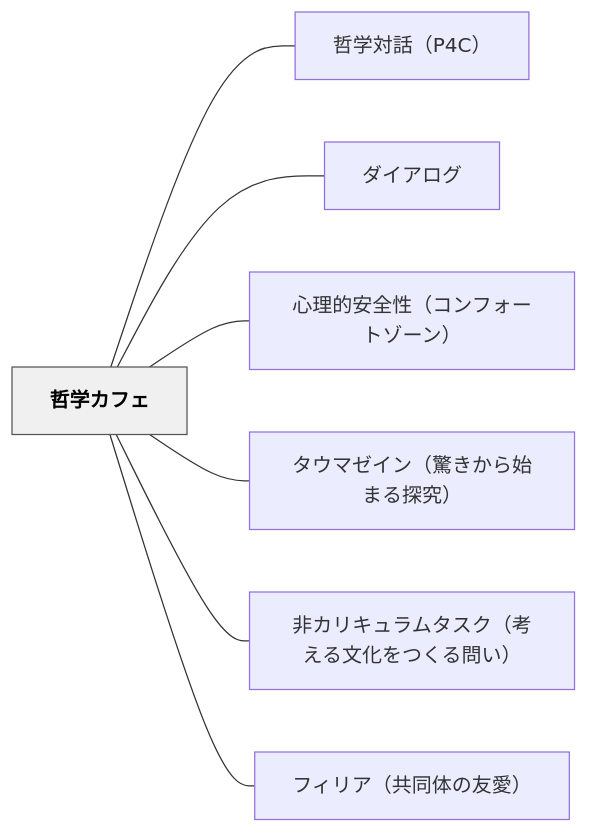
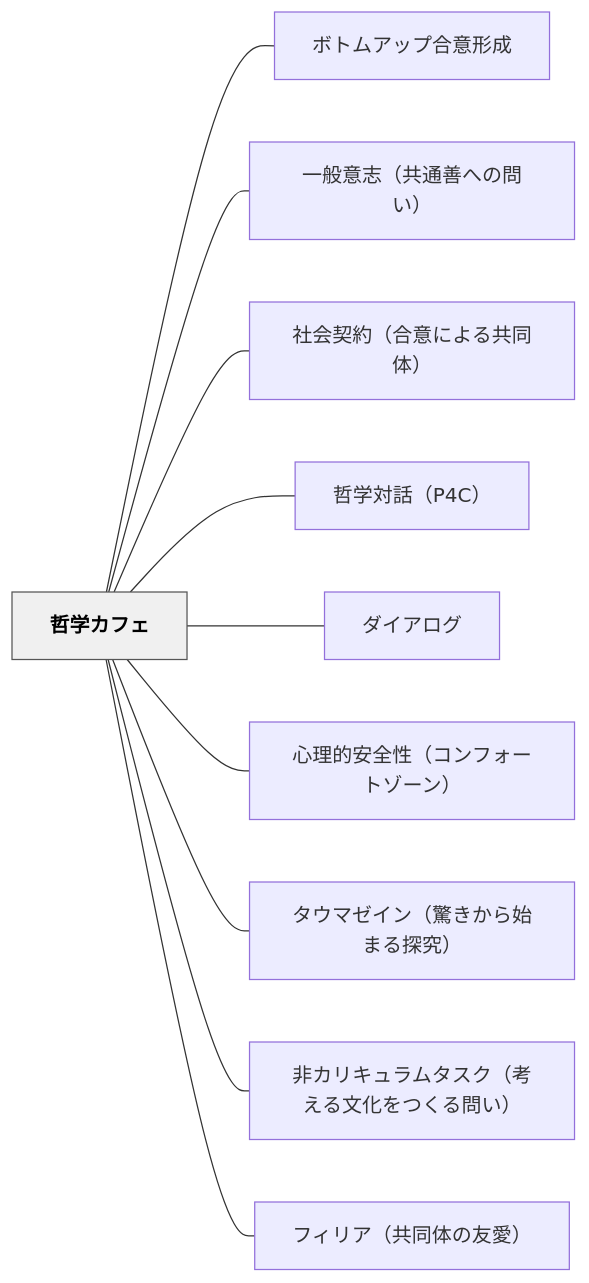
One commit to unknownthings-ed-patterns/unknownthings-ed-patterns changed the diagram in content/パタン/哲学カフェ.md. Above: the diagram before and after it, drawn with Mermaid. The commit also changed other lines of this file and 185 other files, not shown here.

````diff
--- a/content/パタン/哲学カフェ.md
+++ b/content/パタン/哲学カフェ.md
@@ -103,20 +106,26 @@
 ```mermaid
 flowchart LR
     ne593b2e5ada6e382abe38395e382a7["哲学カフェ"]
+    ne3839ce38388e383a0e382a2e38383e38397e59088e6848fe5bda2e68890["ボトムアップ合意形成"]
+    ne4b880e888ace6848fe5bf97efbc88e585b1e9809ae59684e381b8e381aee5958fe38184efbc89["一般意志（共通善への問い）"]
+    ne7a4bee4bc9ae5a591e7b484efbc88e59088e6848fe381abe38288e3828be585b1e5908ce4bd93efbc89["社会契約（合意による共同体）"]
     ne593b2e5ada6e5afbee8a9b1efbc88503443efbc89["哲学対話（P4C）"]
     ne38380e382a4e382a2e383ade382b0["ダイアログ"]
     ne5bf83e79086e79a84e5ae89e585a8e680a7efbc88e382b3e383b3e38395e382a9e383bce38388e382bee383bce383b3efbc89["心理的安全性（コンフォートゾーン）"]
     ne382bfe382a6e3839ee382bce382a4e383b3efbc88e9a99ae3818de3818be38289e5a78be381bee3828be68ea2e7a9b6efbc89["タウマゼイン（驚きから始まる探究）"]
     ne99d9ee382abe383aae382ade383a5e383a9e383a0e382bfe382b9e382afefbc88e88083e38188e3828be69687e58c96e38292e381a4e3818fe3828be5958fe38184efbc89["非カリキュラムタスク（考える文化をつくる問い）"]
     ne38395e382a3e383aae382a2efbc88e585b1e5908ce4bd93e381aee58f8be6849befbc89["フィリア（共同体の友愛）"]
 
+    ne593b2e5ada6e382abe38395e382a7 --- ne3839ce38388e383a0e382a2e38383e38397e59088e6848fe5bda2e68890
+    ne593b2e5ada6e382abe38395e382a7 --- ne4b880e888ace6848fe5bf97efbc88e585b1e9809ae59684e381b8e381aee5958fe38184efbc89
+    ne593b2e5ada6e382abe38395e382a7 --- ne7a4bee4bc9ae5a591e7b484efbc88e59088e6848fe381abe38288e3828be585b1e5908ce4bd93efbc89
     ne593b2e5ada6e382abe38395e382a7 --- ne593b2e5ada6e5afbee8a9b1efbc88503443efbc89
     ne593b2e5ada6e382abe38395e382a7 --- ne38380e382a4e382a2e383ade382b0
     ne593b2e5ada6e382abe38395e382a7 --- ne5bf83e79086e79a84e5ae89e585a8e680a7efbc88e382b3e383b3e38395e382a9e383bce38388e382bee383bce383b3efbc89
     ne593b2e5ada6e382abe38395e382a7 --- ne382bfe382a6e3839ee382bce382a4e383b3efbc88e9a99ae3818de3818be38289e5a78be381bee3828be68ea2e7a9b6efbc89
     ne593b2e5ada6e382abe38395e382a7 --- ne99d9ee382abe383aae382ade383a5e383a9e383a0e382bfe382b9e382afefbc88e88083e38188e3828be69687e58c96e38292e381a4e3818fe3828be5958fe38184efbc89
     ne593b2e5ada6e382abe38395e382a7 --- ne38395e382a3e383aae382a2efbc88e585b1e5908ce4bd93e381aee58f8be6849befbc89
 
     classDef hub fill:#f0f0f0,stroke:#555,color:#000,font-weight:bold
     class ne593b2e5ada6e382abe38395e382a7 hub
 ```
````
